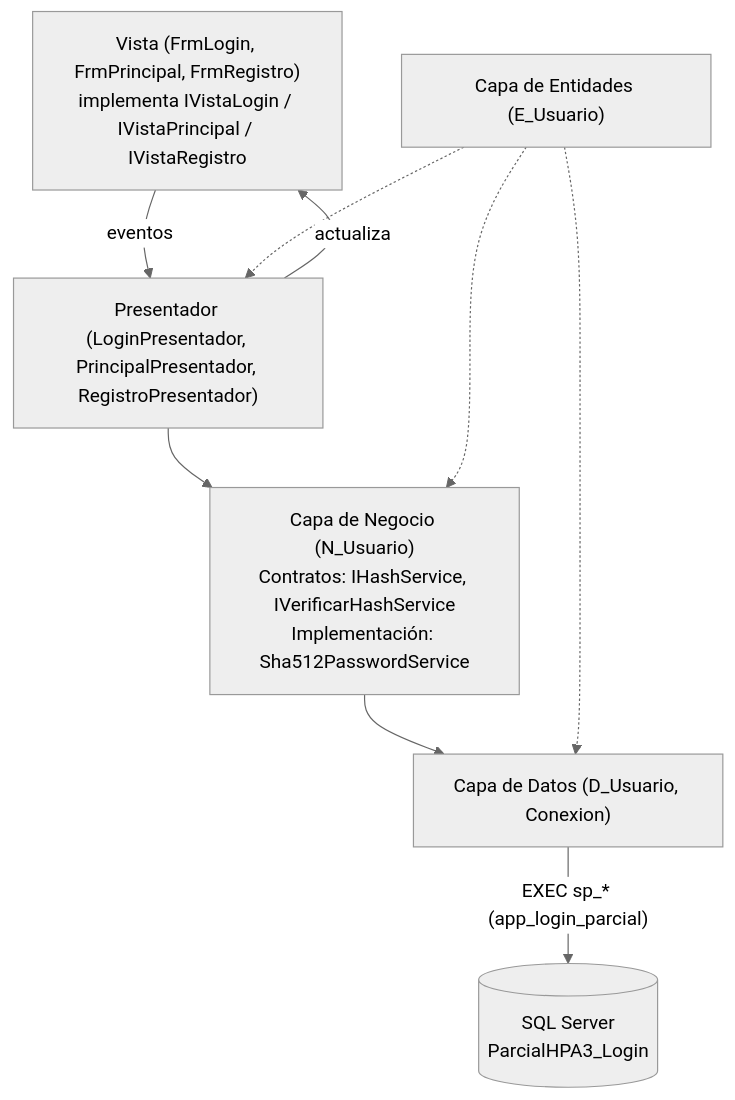
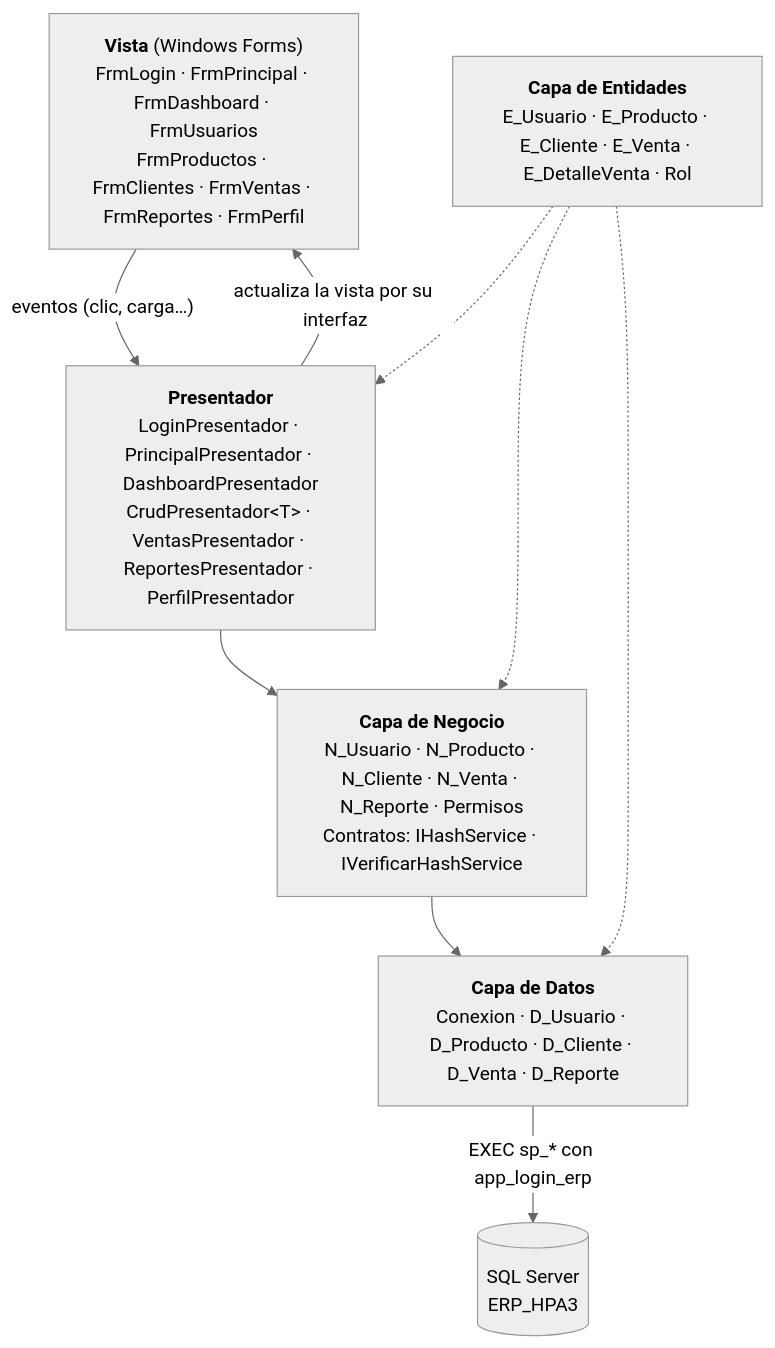
One commit to mike059-pa/HPA3-ERP-Capas-MVP changed the first of 2 diagrams in README.md. Above: the diagram before and after it, drawn with Mermaid (neutral theme). The commit also changed other lines of this file and 18 other files, not shown here.

Commit message:
README del ERP con capturas de los tres roles

````diff
--- a/README.md
+++ b/README.md
@@ -47,18 +72,18 @@
 ```mermaid
 flowchart TD
-    V["Vista (FrmLogin, FrmPrincipal, FrmRegistro)<br/>implementa IVistaLogin / IVistaPrincipal / IVistaRegistro"]
-    P["Presentador (LoginPresentador, PrincipalPresentador, RegistroPresentador)"]
-    N["Capa de Negocio (N_Usuario)<br/>Contratos: IHashService, IVerificarHashService<br/>Implementación: Sha512PasswordService"]
-    D["Capa de Datos (D_Usuario, Conexion)"]
-    E["Capa de Entidades (E_Usuario)"]
-    BD[("SQL Server<br/>ParcialHPA3_Login")]
+    V["<b>Vista</b> (Windows Forms)<br/>FrmLogin · FrmPrincipal · FrmDashboard · FrmUsuarios<br/>FrmProductos · FrmClientes · FrmVentas · FrmReportes · FrmPerfil"]
+    P["<b>Presentador</b><br/>LoginPresentador · PrincipalPresentador · DashboardPresentador<br/>CrudPresentador&lt;T&gt; · VentasPresentador · ReportesPresentador · PerfilPresentador"]
+    N["<b>Capa de Negocio</b><br/>N_Usuario · N_Producto · N_Cliente · N_Venta · N_Reporte · Permisos<br/>Contratos: IHashService · IVerificarHashService"]
+    D["<b>Capa de Datos</b><br/>Conexion · D_Usuario · D_Producto · D_Cliente · D_Venta · D_Reporte"]
+    E["<b>Capa de Entidades</b><br/>E_Usuario · E_Producto · E_Cliente · E_Venta · E_DetalleVenta · Rol"]
+    BD[("SQL Server<br/>ERP_HPA3")]
 
-    V -- eventos --> P
-    P -- actualiza --> V
+    V -- "eventos (clic, carga…)" --> P
+    P -- "actualiza la vista por su interfaz" --> V
     P --> N
     N --> D
-    D -- "EXEC sp_* (app_login_parcial)" --> BD
+    D -- "EXEC sp_* con app_login_erp" --> BD
+    E -.-> P
     E -.-> N
     E -.-> D
-    E -.-> P
 ```
````
